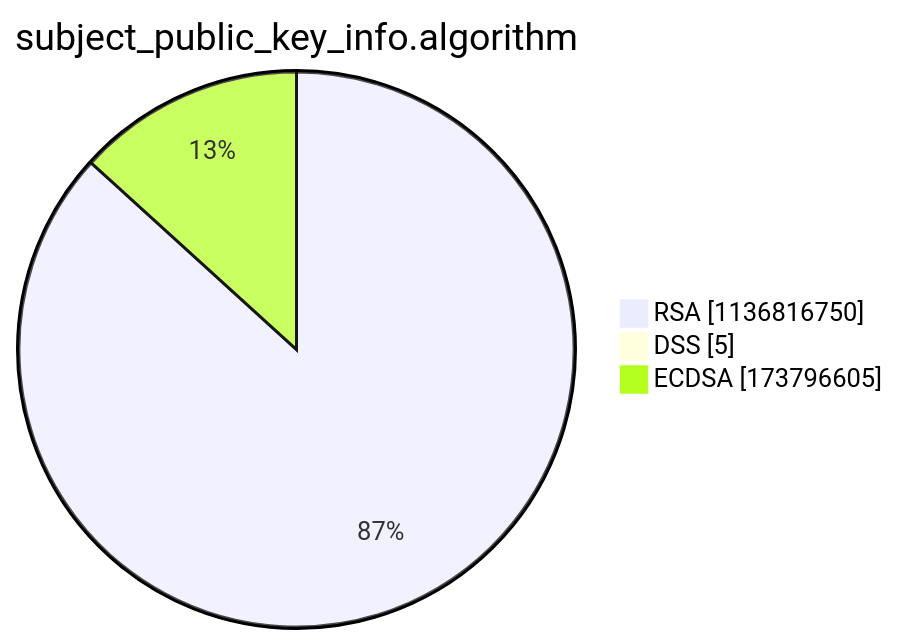
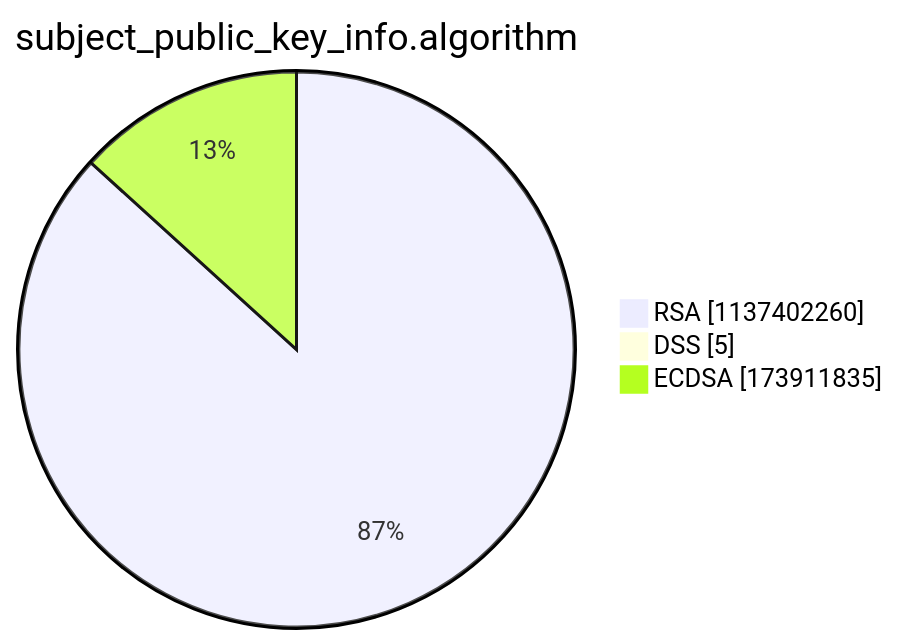
Before and after one commit to christiankrug/ctmonitor_visualization: the third of 15 diagrams in argon2022/README.md, drawn with Mermaid. The commit also changed other lines of this file, not shown here.

````diff
--- a/argon2022/README.md
+++ b/argon2022/README.md
@@ -14,7 +14,7 @@
 ```mermaid
 pie showData
 title subject_public_key_info.algorithm
-"RSA" :1136816750
+"RSA" :1137402260
 "DSS" :5
-"ECDSA" :173796605
+"ECDSA" :173911835
 ```
````
